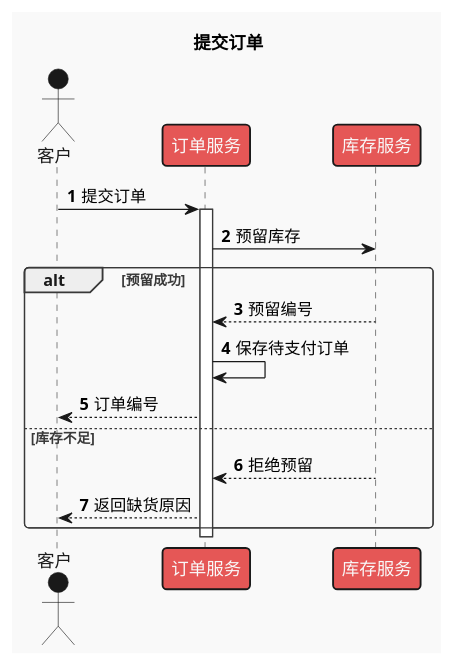
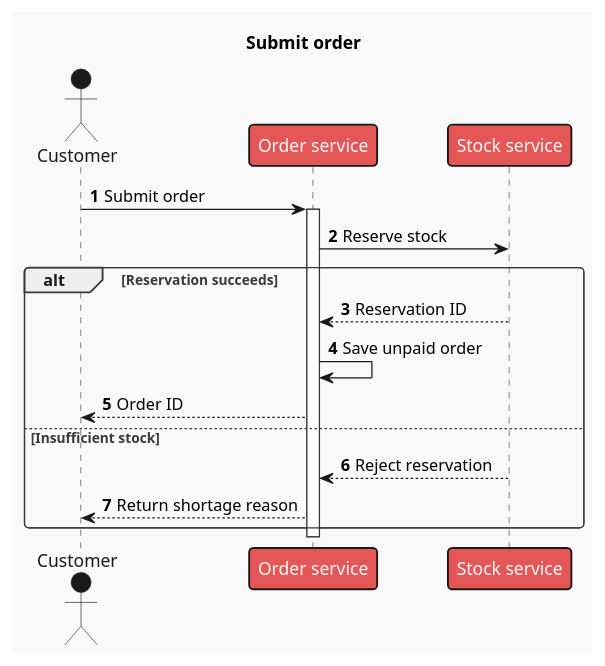
Before and after one commit to def-peter/fuxian: the first of 2 diagrams in skills/fuxian-diagram/references/plantuml/sequence.md, drawn with PlantUML. The commit also changed other lines of this file and 43 other files, not shown here.

Commit message:
feat(skills): internationalize diagram guides and expand type selection

````diff
--- a/skills/fuxian-diagram/references/plantuml/sequence.md
+++ b/skills/fuxian-diagram/references/plantuml/sequence.md
@@ -14,22 +14,22 @@
 ```plantuml
 @startuml
 !theme mars
-title 提交订单
+title Submit order
 autonumber
-actor "客户" as Customer
-participant "订单服务" as Orders
-participant "库存服务" as Stock
-Customer -> Orders : 提交订单
+actor "Customer" as Customer
+participant "Order service" as Orders
+participant "Stock service" as Stock
+Customer -> Orders : Submit order
 activate Orders
-Orders -> Stock : 预留库存
-alt 预留成功
-  Stock --> Orders : 预留编号
-  Orders -> Orders : 保存待支付订单
-  Orders --> Customer : 订单编号
-else 库存不足
-  Stock --> Orders : 拒绝预留
-  Orders --> Customer : 返回缺货原因
+Orders -> Stock : Reserve stock
+alt Reservation succeeds
+  Stock --> Orders : Reservation ID
+  Orders -> Orders : Save unpaid order
+  Orders --> Customer : Order ID
+else Insufficient stock
+  Stock --> Orders : Reject reservation
+  Orders --> Customer : Return shortage reason
 end
 deactivate Orders
 @enduml
 ```
````
